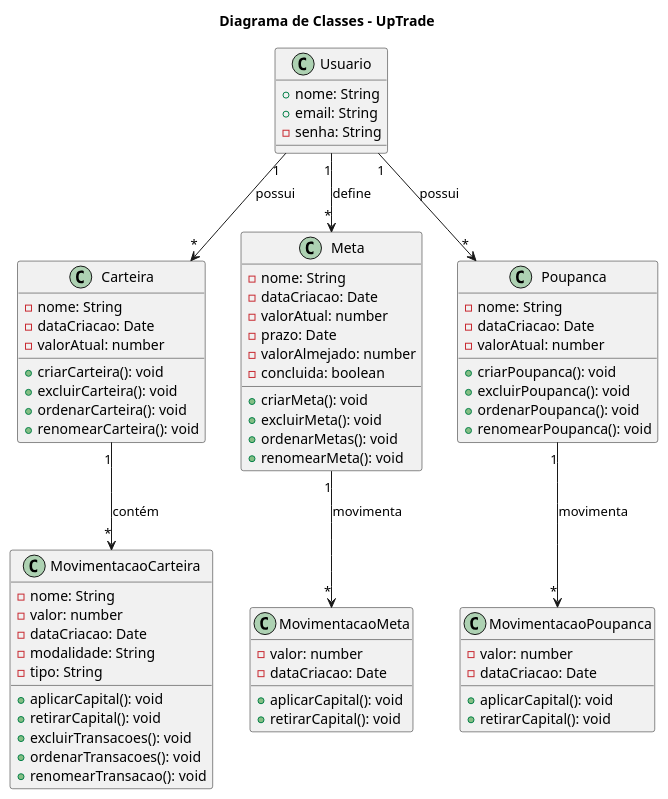
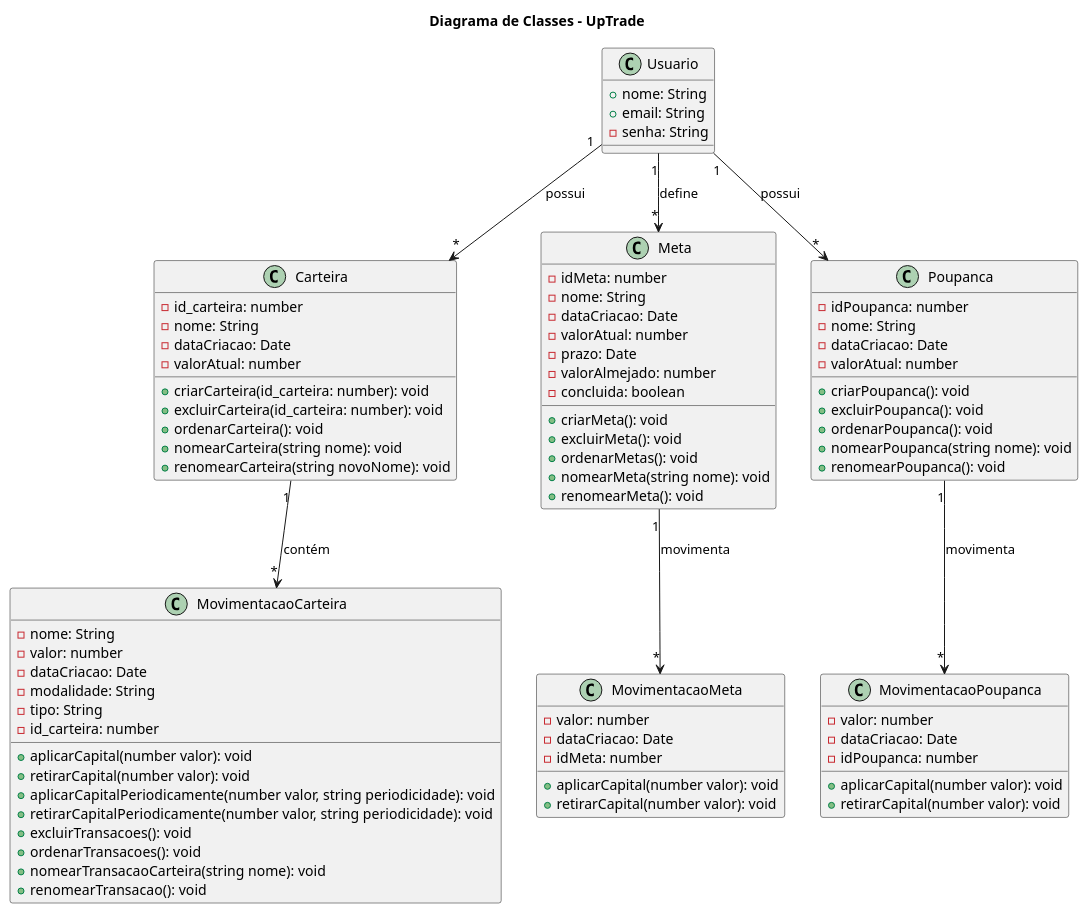
One commit to Pedrovallentino/up-trade changed the diagram in public/businessLayer.plantuml. Above: the diagram before and after it, drawn with PlantUML. The commit also changed 14 other files, not shown here.

```diff
--- a/public/businessLayer.plantuml
+++ b/public/businessLayer.plantuml
@@ -1,79 +1,91 @@
 @startuml - UpTrade
 
 title Diagrama de Classes - UpTrade
 
 class Usuario {
   +nome: String
   +email: String
   -senha: String
 }
 
 class Carteira {
+  -id_carteira: number
   -nome: String
   -dataCriacao: Date
   -valorAtual: number
-  +criarCarteira(): void
-  +excluirCarteira(): void
+  +criarCarteira(id_carteira: number): void
+  +excluirCarteira(id_carteira: number): void
   +ordenarCarteira(): void
-  +renomearCarteira(): void
+  +nomearCarteira(string nome): void
+  +renomearCarteira(string novoNome): void
 }
 
 class Meta {
+  -idMeta: number
   -nome: String
   -dataCriacao: Date
   -valorAtual: number
   -prazo: Date
   -valorAlmejado: number
   -concluida: boolean
   +criarMeta(): void
   +excluirMeta(): void
   +ordenarMetas(): void
+  +nomearMeta(string nome): void
   +renomearMeta(): void
 }
 
 class Poupanca {
+  -idPoupanca: number
   -nome: String
   -dataCriacao: Date
   -valorAtual: number
   +criarPoupanca(): void
   +excluirPoupanca(): void
   +ordenarPoupanca(): void
+  +nomearPoupanca(string nome): void
   +renomearPoupanca(): void
 }
 
 class MovimentacaoCarteira {
   -nome: String
   -valor: number
   -dataCriacao: Date
   -modalidade: String
   -tipo: String
-  +aplicarCapital(): void
-  +retirarCapital(): void
+  -id_carteira: number 
+  +aplicarCapital(number valor): void
+  +retirarCapital(number valor): void
+  +aplicarCapitalPeriodicamente(number valor, string periodicidade): void
+  +retirarCapitalPeriodicamente(number valor, string periodicidade): void
   +excluirTransacoes(): void
   +ordenarTransacoes(): void
+  +nomearTransacaoCarteira(string nome): void
   +renomearTransacao(): void
 }
 
 class MovimentacaoMeta {
   -valor: number
   -dataCriacao: Date
-  +aplicarCapital(): void
-  +retirarCapital(): void
+  -idMeta: number 
+  +aplicarCapital(number valor): void
+  +retirarCapital(number valor): void
 }
 
 class MovimentacaoPoupanca {
   -valor: number
   -dataCriacao: Date
-  +aplicarCapital(): void
-  +retirarCapital(): void
+  -idPoupanca: number
+  +aplicarCapital(number valor): void
+  +retirarCapital(number valor): void
 }
 
 ' Relacionamentos
 Usuario "1" --> "*" Carteira : possui
 Carteira "1" --> "*" MovimentacaoCarteira : contém
 Usuario "1" --> "*" Meta : define
 Meta "1" --> "*" MovimentacaoMeta : movimenta
 Usuario "1" --> "*" Poupanca : possui
 Poupanca "1" --> "*" MovimentacaoPoupanca : movimenta
 
 @enduml
```
